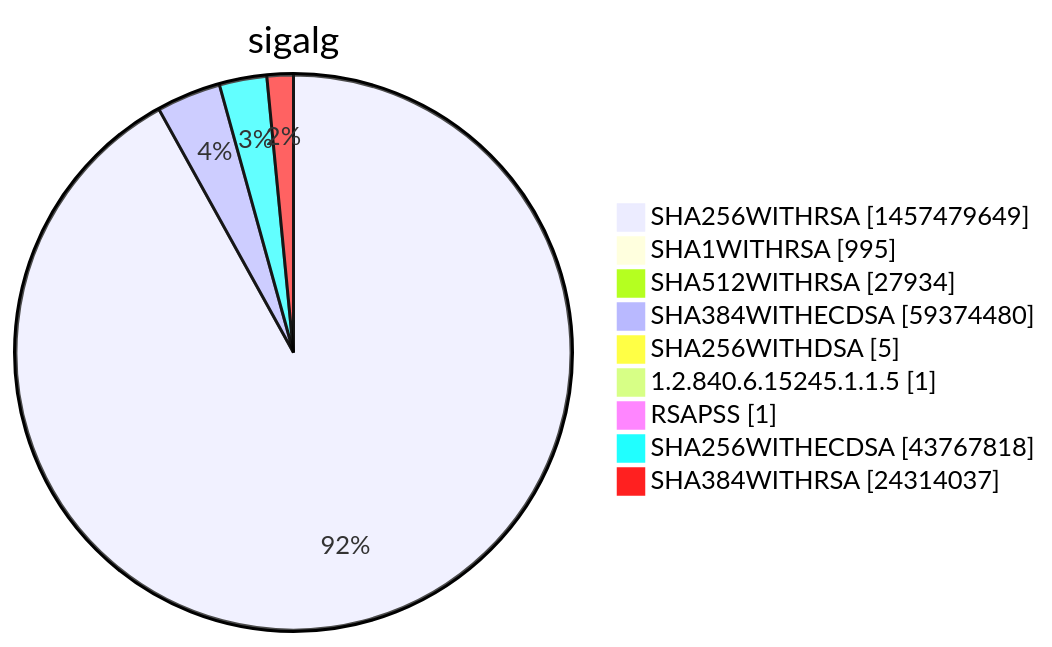
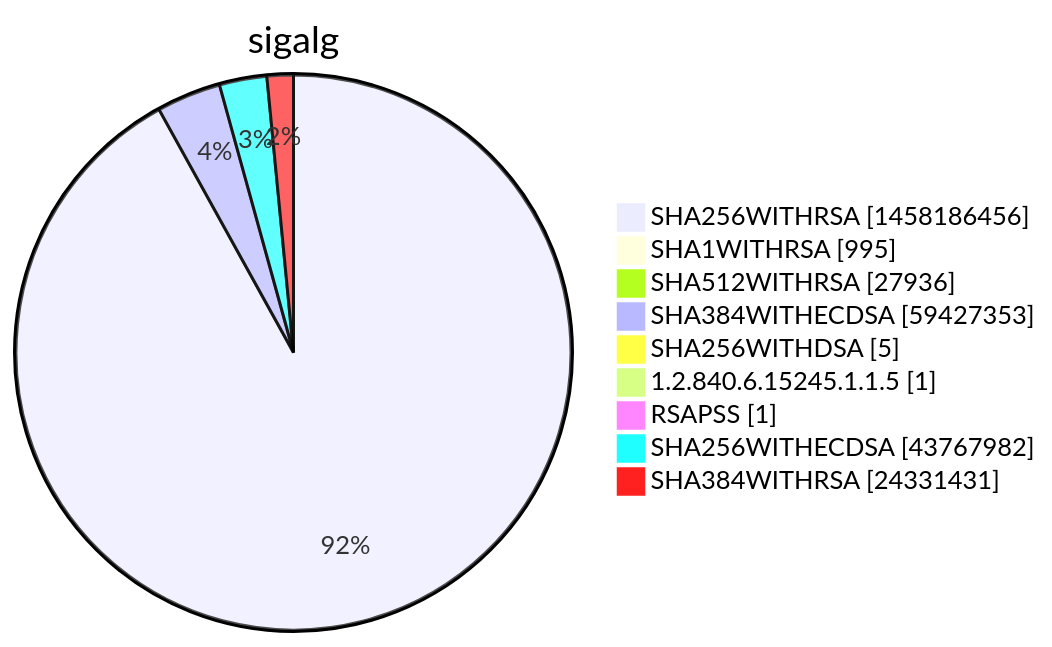
One commit to christiankrug/ctmonitor_visualization changed diagram 15 of 15 in xenon2022/README.md. Above: the diagram before and after it, drawn with Mermaid. The commit also changed other lines of this file, not shown here.

````diff
--- a/xenon2022/README.md
+++ b/xenon2022/README.md
@@ -5862,13 +5862,13 @@
 ```mermaid
 pie showData
 title sigalg
-"SHA256WITHRSA" :1457479649
+"SHA256WITHRSA" :1458186456
 "SHA1WITHRSA" :995
-"SHA512WITHRSA" :27934
-"SHA384WITHECDSA" :59374480
+"SHA512WITHRSA" :27936
+"SHA384WITHECDSA" :59427353
 "SHA256WITHDSA" :5
 "1.2.840.6.15245.1.1.5" :1
 "RSAPSS" :1
-"SHA256WITHECDSA" :43767818
-"SHA384WITHRSA" :24314037
+"SHA256WITHECDSA" :43767982
+"SHA384WITHRSA" :24331431
 ```
````
